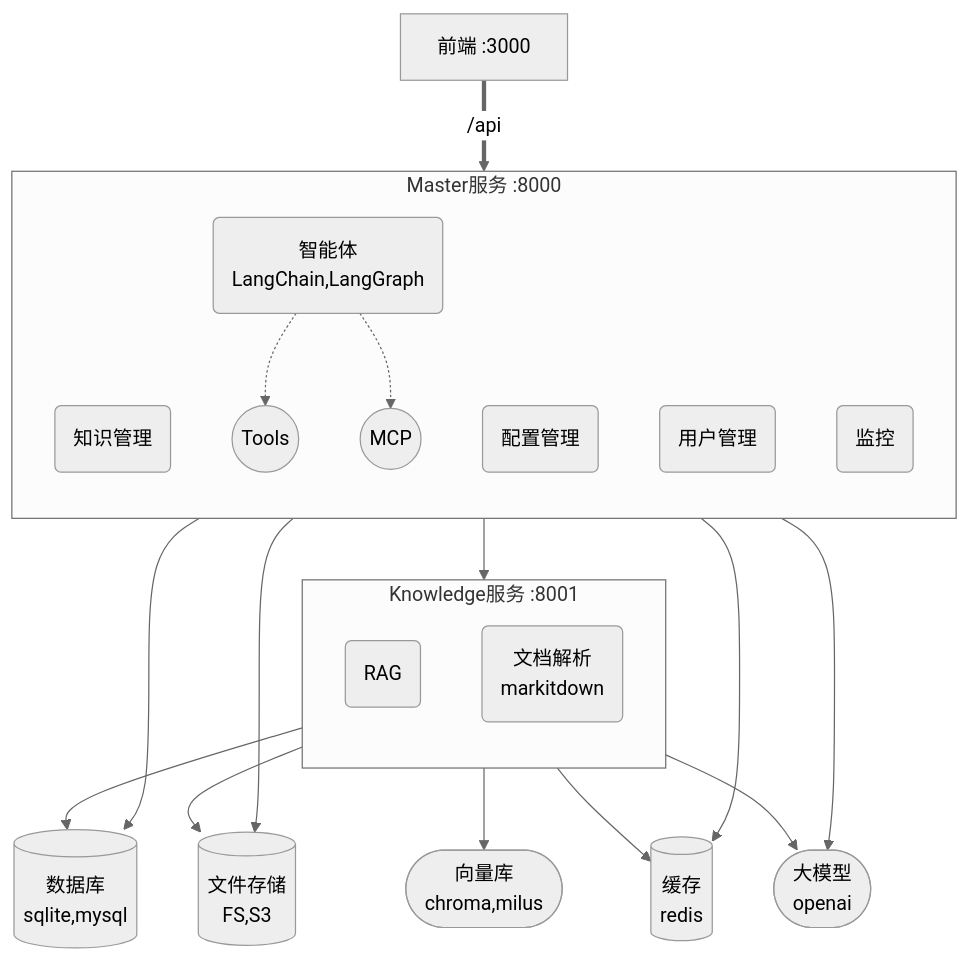
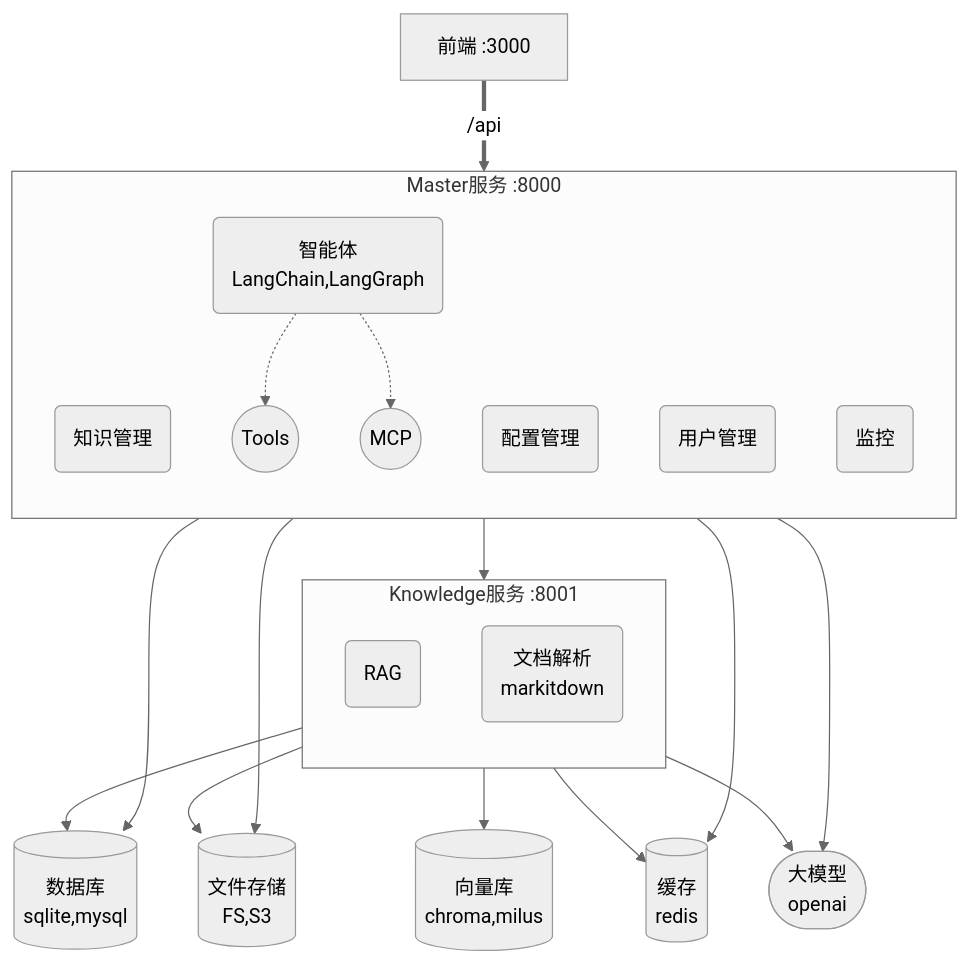
The diagram in README.md (BytemanD/next-agents-platform), drawn with Mermaid (neutral theme) before and after one commit. The commit also changed 1 other file, not shown here.

Commit message:
fix: 修复dark模式下 title 样式错误的问题

````diff
--- a/README.md
+++ b/README.md
@@ -30,31 +30,31 @@
 ```mermaid
 flowchart TB
     FE[前端 :3000] ==>|/api| MS
     subgraph MS[Master服务 :8000]
         direction TB
         KM(知识管理)
         CM(配置管理)
         UM(用户管理)
         Monitor(监控)
         Agents(智能体<br/>LangChain,LangGraph)
         Agents .-> TOOL((Tools))
         Agents .-> MCP((MCP))
     end
     subgraph KS[Knowledge服务 :8001]
         direction TB
         RAG(RAG)
         Parser(文档解析<br/>markitdown)
     end
     MS --> KS
 
     MS --> DB[(数据库<br/>sqlite,mysql)]
     MS --> Storage[(文件存储<br/>FS,S3)]
     MS --> Cache[(缓存<br/>redis)]
     MS --> LLM([大模型<br/>openai])
 
     KS --> DB
     KS --> Storage
     KS --> Cache
     KS --> LLM
-    KS --> Vector([向量库<br/>chroma,milus])
+    KS --> Vector[(向量库<br/>chroma,milus)]
 ```
````
